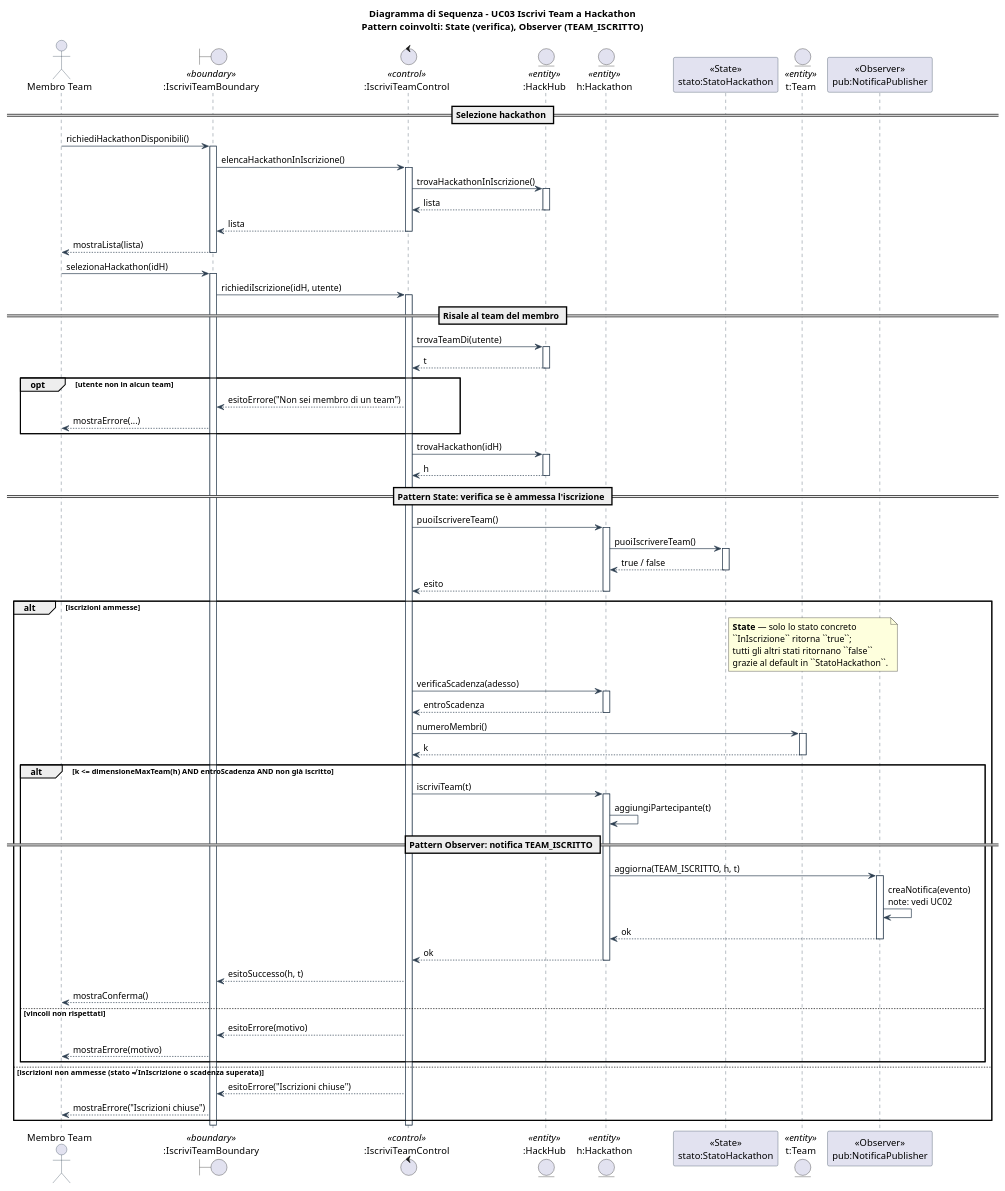
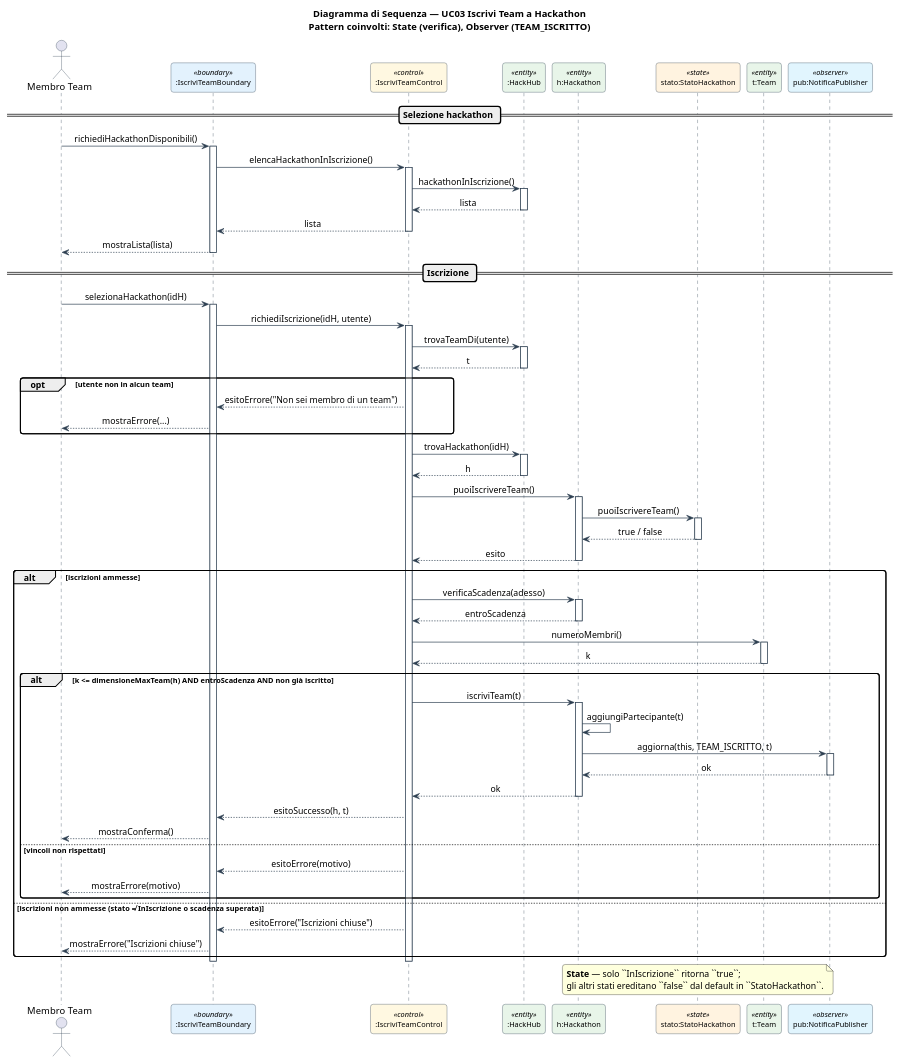
The diagram in 01-analisi/03-sequenze/seq-UC03-IscriviTeam.puml (rizzutomatteo/hackhub-uml), drawn with PlantUML before and after one commit. The commit also changed 13 other files, not shown here.

First line of the commit message:
Riordino diagrammi UML: linetype ortho, fix firme codice

```diff
--- a/01-analisi/03-sequenze/seq-UC03-IscriviTeam.puml
+++ b/01-analisi/03-sequenze/seq-UC03-IscriviTeam.puml
@@ -1,118 +1,118 @@
 @startuml SeqUC03_IscriviTeam
-title Diagramma di Sequenza - UC03 Iscrivi Team a Hackathon\nPattern coinvolti: State (verifica), Observer (TEAM_ISCRITTO)
+title Diagramma di Sequenza — UC03 Iscrivi Team a Hackathon\nPattern coinvolti: State (verifica), Observer (TEAM_ISCRITTO)
 
+' ----- Convenzioni di rendering -----
+skinparam shadowing false
+skinparam roundCorner 8
+skinparam sequenceMessageAlign center
 skinparam sequence {
   ArrowColor              #2C3E50
   LifeLineBorderColor     #2C3E50
   ParticipantBorderColor  #2C3E50
   ActorBorderColor        #2C3E50
+  ParticipantFontSize     11
   ParticipantBackgroundColor<<boundary>> #E3F2FD
   ParticipantBackgroundColor<<control>>  #FFF8E1
   ParticipantBackgroundColor<<entity>>   #E8F5E9
+  ParticipantBackgroundColor<<state>>    #FFF3E0
+  ParticipantBackgroundColor<<observer>> #E1F5FE
 }
 
-actor      "Membro Team"                                 as MT
-boundary   ":IscriviTeamBoundary"                        as B   <<boundary>>
-control    ":IscriviTeamControl"                         as C   <<control>>
-entity     ":HackHub"                                    as Hub <<entity>>
-entity     "h:Hackathon"                                 as H   <<entity>>
-participant "<<State>>\nstato:StatoHackathon"             as S
-entity     "t:Team"                                      as T   <<entity>>
-participant "<<Observer>>\npub:NotificaPublisher"         as Pub
+actor       "Membro Team"               as MT
+participant ":IscriviTeamBoundary"      as B   <<boundary>>
+participant ":IscriviTeamControl"       as C   <<control>>
+participant ":HackHub"                  as Hub <<entity>>
+participant "h:Hackathon"               as H   <<entity>>
+participant "stato:StatoHackathon"      as S   <<state>>
+participant "t:Team"                    as T   <<entity>>
+participant "pub:NotificaPublisher"     as Pub <<observer>>
 
 == Selezione hackathon ==
 
 MT -> B : richiediHackathonDisponibili()
 activate B
 B  -> C : elencaHackathonInIscrizione()
 activate C
-C  -> Hub : trovaHackathonInIscrizione()
+C  -> Hub : hackathonInIscrizione()
 activate Hub
 Hub --> C : lista
 deactivate Hub
 C  --> B : lista
 deactivate C
 B  --> MT : mostraLista(lista)
 deactivate B
 
+== Iscrizione ==
+
 MT -> B : selezionaHackathon(idH)
 activate B
 B  -> C : richiediIscrizione(idH, utente)
 activate C
-
-== Risale al team del membro ==
 
 C  -> Hub : trovaTeamDi(utente)
 activate Hub
 Hub --> C : t
 deactivate Hub
 
 opt utente non in alcun team
     C  --> B : esitoErrore("Non sei membro di un team")
     B  --> MT : mostraErrore(...)
 end
 
 C  -> Hub : trovaHackathon(idH)
 activate Hub
 Hub --> C : h
 deactivate Hub
 
-== Pattern State: verifica se è ammessa l'iscrizione ==
-
 C  -> H : puoiIscrivereTeam()
 activate H
 H  -> S : puoiIscrivereTeam()
 activate S
 S  --> H : true / false
 deactivate S
 H  --> C : esito
 deactivate H
 
 alt iscrizioni ammesse
-    note right of S
-      **State** — solo lo stato concreto
-      ``InIscrizione`` ritorna ``true``;
-      tutti gli altri stati ritornano ``false``
-      grazie al default in ``StatoHackathon``.
-    end note
-
     C  -> H : verificaScadenza(adesso)
     activate H
     H  --> C : entroScadenza
     deactivate H
 
     C  -> T : numeroMembri()
     activate T
     T  --> C : k
     deactivate T
 
     alt k <= dimensioneMaxTeam(h) AND entroScadenza AND non già iscritto
         C  -> H : iscriviTeam(t)
         activate H
         H  -> H : aggiungiPartecipante(t)
 
-        == Pattern Observer: notifica TEAM_ISCRITTO ==
-
-        H  -> Pub : aggiorna(TEAM_ISCRITTO, h, t)
+        H  -> Pub : aggiorna(this, TEAM_ISCRITTO, t)
         activate Pub
-        Pub -> Pub : creaNotifica(evento)\nnote: vedi UC02
         Pub --> H : ok
         deactivate Pub
 
         H  --> C : ok
         deactivate H
         C  --> B : esitoSuccesso(h, t)
         B  --> MT : mostraConferma()
     else vincoli non rispettati
         C  --> B : esitoErrore(motivo)
         B  --> MT : mostraErrore(motivo)
     end
 else iscrizioni non ammesse (stato ≠ InIscrizione o scadenza superata)
     C  --> B : esitoErrore("Iscrizioni chiuse")
     B  --> MT : mostraErrore("Iscrizioni chiuse")
 end
 
 deactivate C
 deactivate B
 
+note over S
+  **State** — solo ``InIscrizione`` ritorna ``true``;
+  gli altri stati ereditano ``false`` dal default in ``StatoHackathon``.
+end note
+
 @enduml
```
